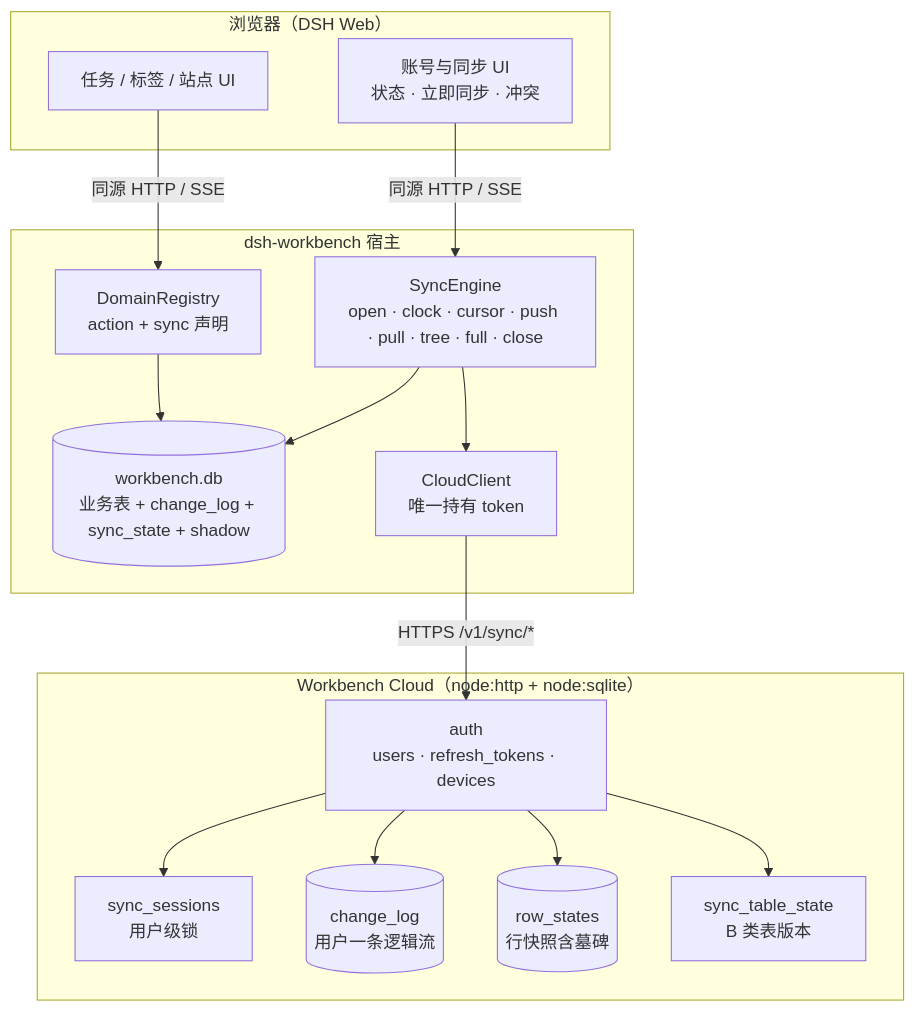
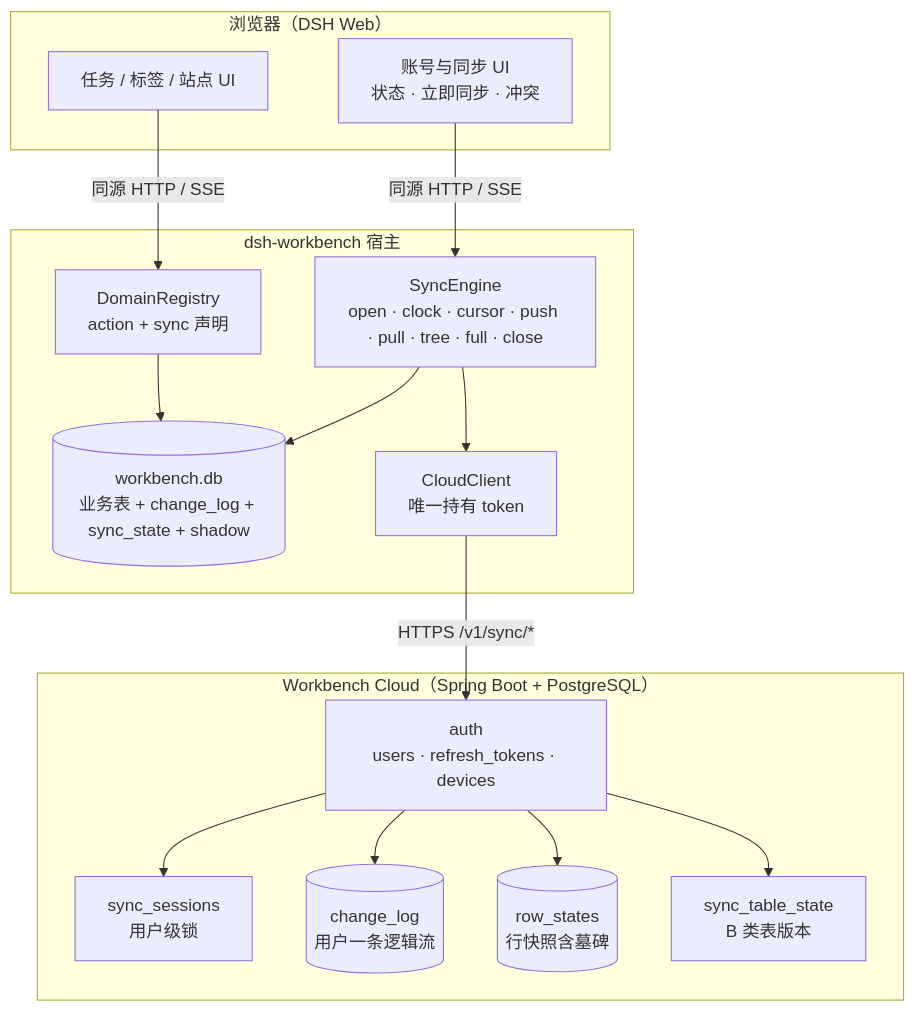
The first of 2 diagrams in docs/specs/16-数据同步方案.md (ityyq777/dsh-workbench-source), drawn with Mermaid before and after one commit. The commit also changed other lines of this file and 5 other files, not shown here.

````diff
--- a/docs/specs/16-数据同步方案.md
+++ b/docs/specs/16-数据同步方案.md
@@ -199,30 +199,30 @@
 ```mermaid
 flowchart TB
   subgraph B["浏览器（DSH Web）"]
     UI["任务 / 标签 / 站点 UI"]
     ACC["账号与同步 UI<br/>状态 · 立即同步 · 冲突"]
   end
   subgraph H["dsh-workbench 宿主"]
     REG["DomainRegistry<br/>action + sync 声明"]
     ENG["SyncEngine<br/>open · clock · cursor · push · pull · tree · full · close"]
     DB[("workbench.db<br/>业务表 + change_log + sync_state + shadow")]
     CC["CloudClient<br/>唯一持有 token"]
   end
-  subgraph C["Workbench Cloud（node:http + node:sqlite）"]
+  subgraph C["Workbench Cloud（Spring Boot + PostgreSQL）"]
     AUTH["auth<br/>users · refresh_tokens · devices"]
     SES["sync_sessions<br/>用户级锁"]
     LOG[("change_log<br/>用户一条逻辑流")]
     ROW[("row_states<br/>行快照含墓碑")]
     TV["sync_table_state<br/>B 类表版本"]
   end
   UI -->|"同源 HTTP / SSE"| REG
   ACC -->|"同源 HTTP / SSE"| ENG
   REG --> DB
   ENG --> DB
   ENG --> CC
   CC -->|"HTTPS /v1/sync/*"| AUTH
   AUTH --> SES
   AUTH --> LOG
   AUTH --> ROW
   AUTH --> TV
 ```
````
